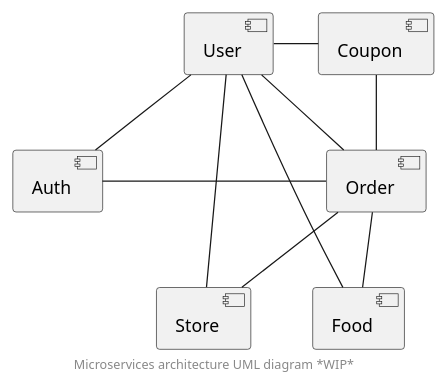
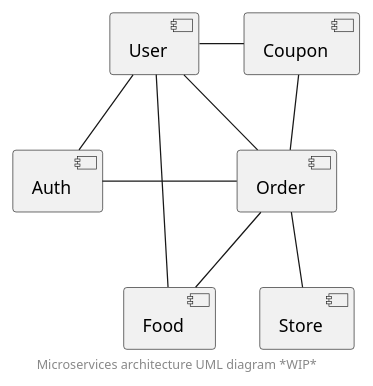
One commit to GloryFight3r/SEM-Group07b changed the diagram in docs/microservices-toplevel.puml. Above: the diagram before and after it, drawn with PlantUML. The commit also changed 1 other file, not shown here.

Commit message:
Add store microservice draft
create a Store class and an api for store and order interactions

```diff
--- a/docs/microservices-toplevel.puml
+++ b/docs/microservices-toplevel.puml
@@ -1,14 +1,13 @@
 @startuml
 
 [User] -- [Auth]
 [Auth] - [Order]
 [User] - [Coupon]
 [User] - [Order]
 [User] - [Food]
-[User] -- [Store]
 [Coupon] - [Order]
 [Order] -- [Store]
 [Order] -- [Food]
 
 footer Microservices architecture UML diagram *WIP*
 @enduml
```
